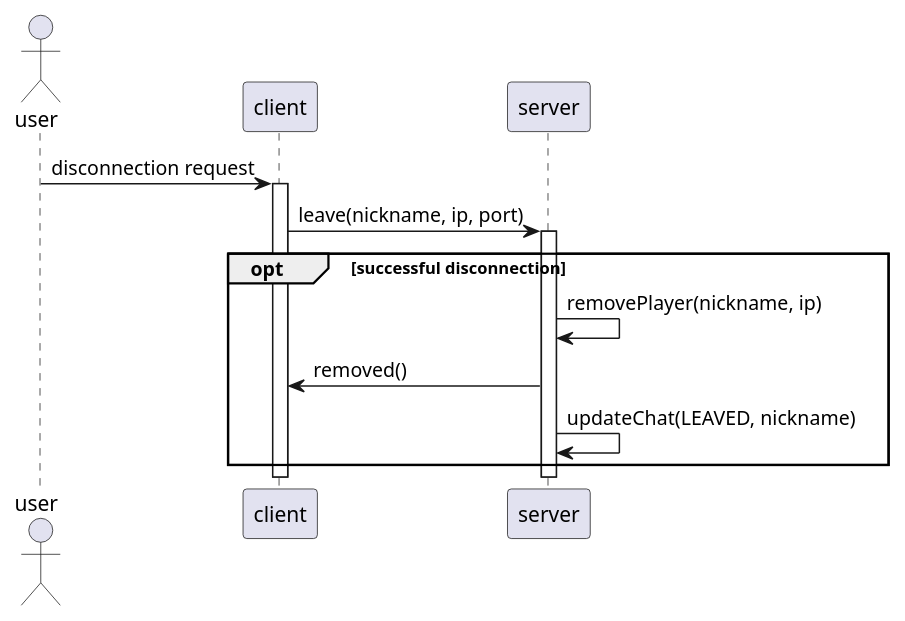
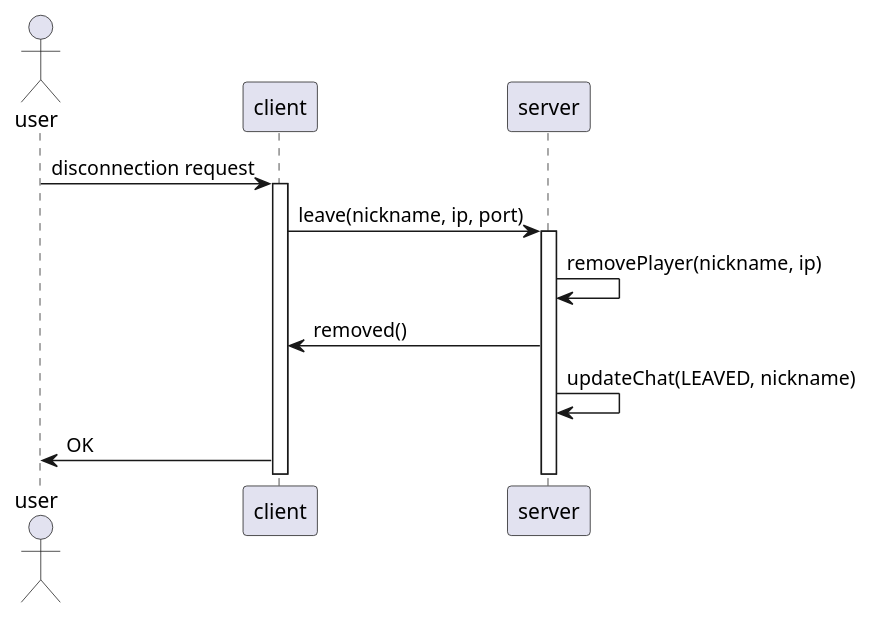
Before and after one commit to MatanDavidi/scribble-public: the diagram in scenarios/playerDisconnected/playerDisconnected.puml, drawn with PlantUML. The commit also changed other lines of this file and 1 other file, not shown here.

Commit message:
fix diagram - condition removed

```diff
--- a/scenarios/playerDisconnected/playerDisconnected.puml
+++ b/scenarios/playerDisconnected/playerDisconnected.puml
@@ -9,17 +9,16 @@
 @startuml playerDisconnected
 
 actor user
 
 user->client:disconnection request
 activate client
 
 client->server:leave(nickname, ip, port)
 activate server
 
-opt successful disconnection
-    server->server:removePlayer(nickname, ip)
-    server->client:removed()
-    server->server:updateChat(LEAVED, nickname)
-end
+server->server:removePlayer(nickname, ip)
+server->client:removed()
+server->server:updateChat(LEAVED, nickname)
+client->user:OK
 
 @enduml
```
